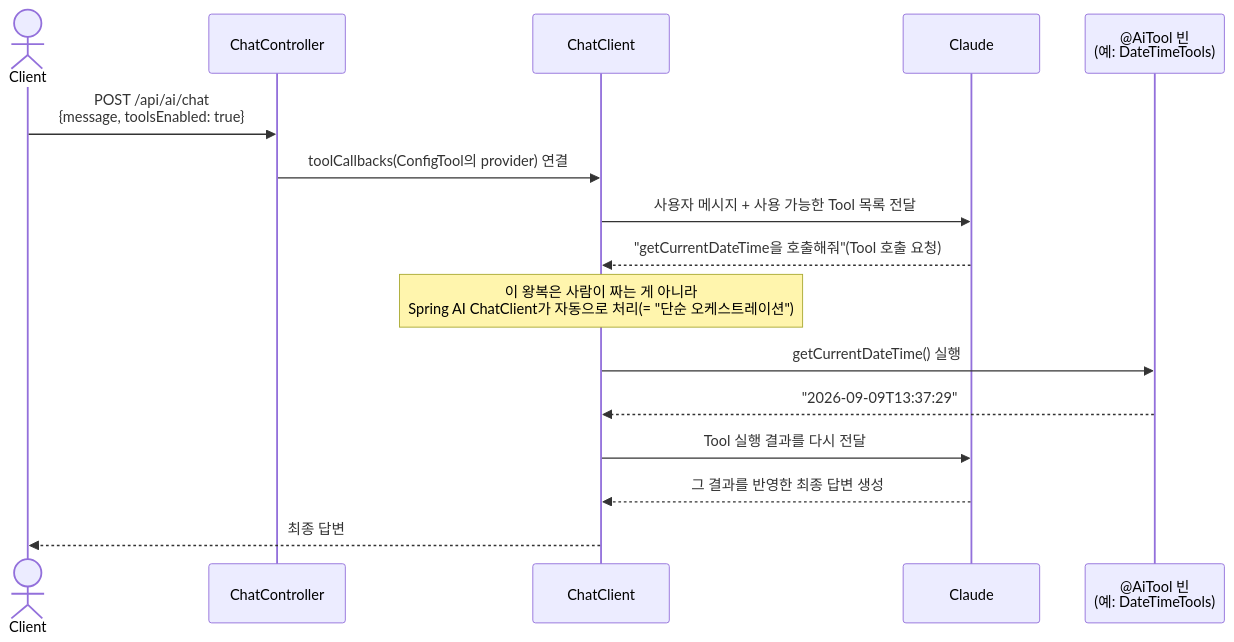
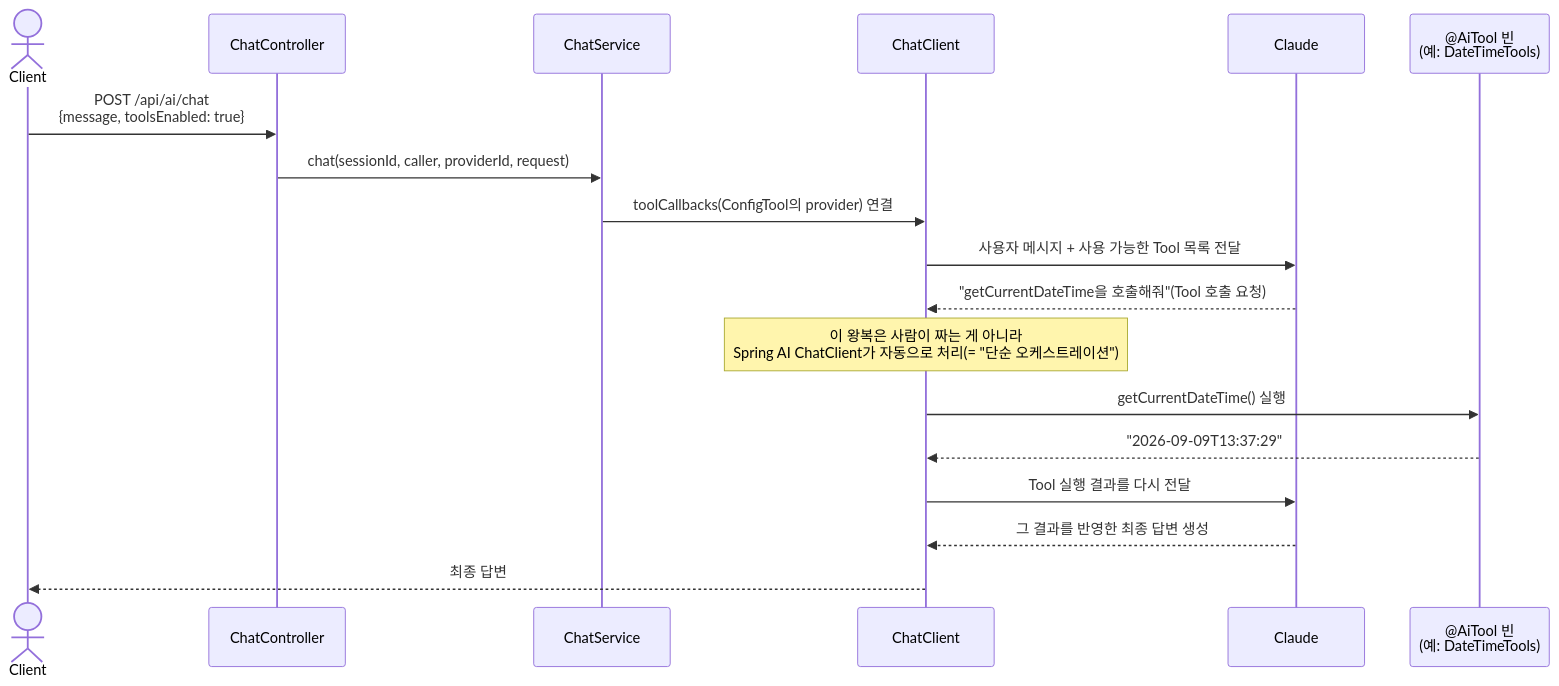
The ninth of 16 diagrams in docs/09.dstone-ai-engine.md (YongSoekChoeng/dstone), drawn with Mermaid before and after one commit. The commit also changed other lines of this file and 12 other files, not shown here.

````diff
--- a/docs/09.dstone-ai-engine.md
+++ b/docs/09.dstone-ai-engine.md
@@ -359,19 +399,21 @@
 ```mermaid
 sequenceDiagram
     actor Client
     participant Ctrl as ChatController
+    participant Svc as ChatService
     participant CC as ChatClient
     participant LLM as Claude
     participant Tool as @AiTool 빈<br/>(예: DateTimeTools)
 
     Client->>Ctrl: POST /api/ai/chat<br/>{message, toolsEnabled: true}
-    Ctrl->>CC: toolCallbacks(ConfigTool의 provider) 연결
+    Ctrl->>Svc: chat(sessionId, caller, providerId, request)
+    Svc->>CC: toolCallbacks(ConfigTool의 provider) 연결
     CC->>LLM: 사용자 메시지 + 사용 가능한 Tool 목록 전달
     LLM-->>CC: "getCurrentDateTime을 호출해줘"(Tool 호출 요청)
     Note over CC: 이 왕복은 사람이 짜는 게 아니라<br/>Spring AI ChatClient가 자동으로 처리(= "단순 오케스트레이션")
     CC->>Tool: getCurrentDateTime() 실행
     Tool-->>CC: "2026-09-09T13:37:29"
     CC->>LLM: Tool 실행 결과를 다시 전달
     LLM-->>CC: 그 결과를 반영한 최종 답변 생성
     CC-->>Client: 최종 답변
 ```
````
